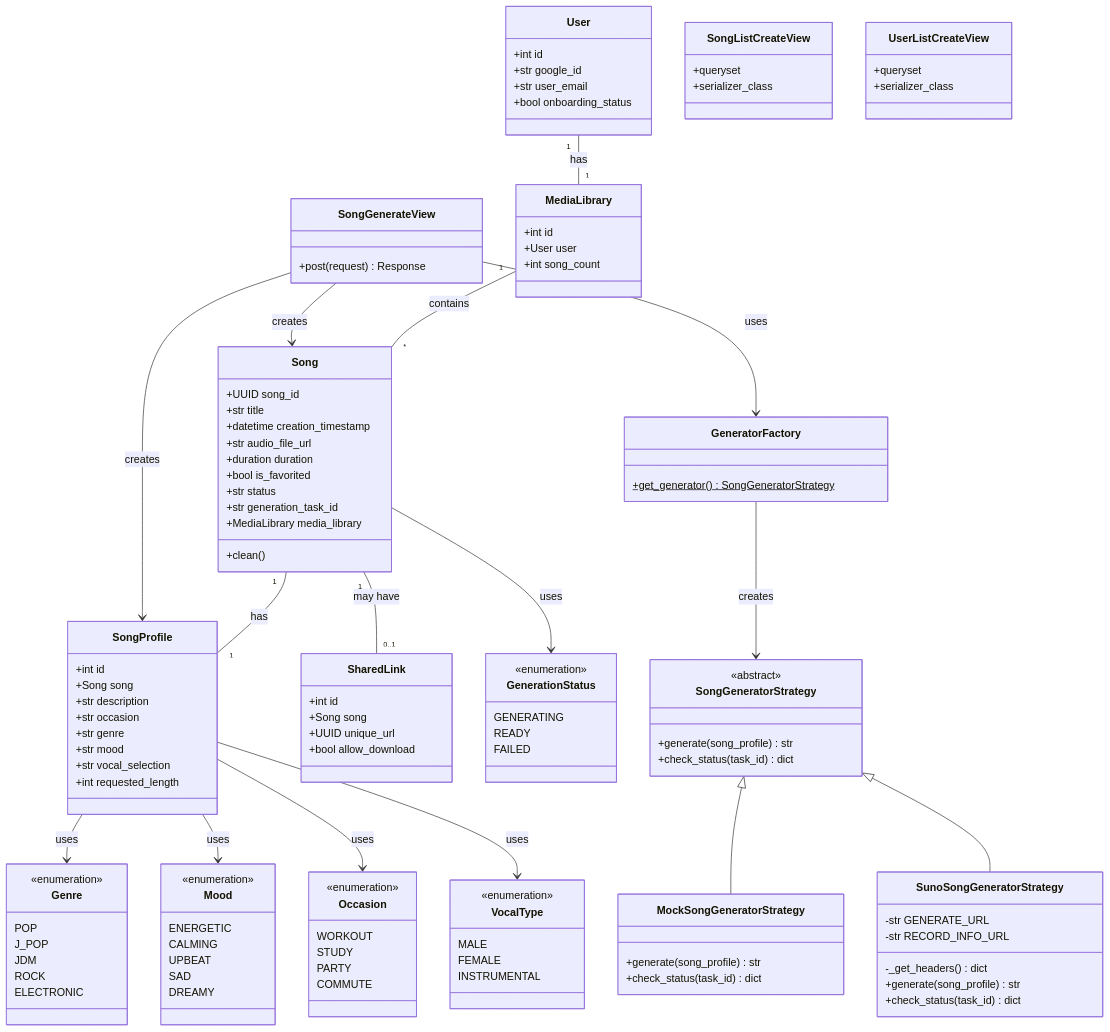
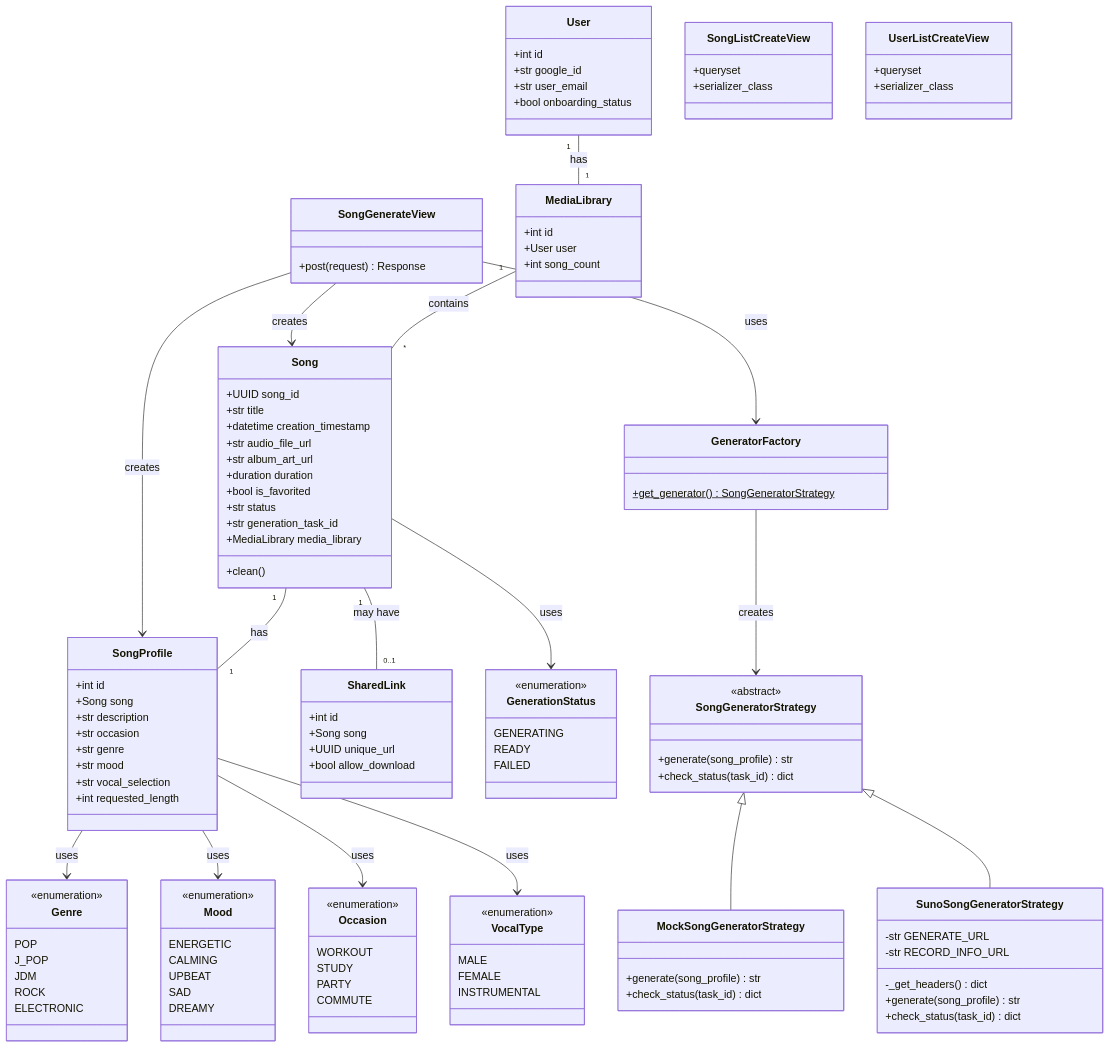
The first of 2 diagrams in README.md (SivaponChannual/AiSongGen), drawn with Mermaid before and after one commit. The commit also changed other lines of this file and 20 other files, not shown here.

```diff
--- a/README.md
+++ b/README.md
@@ -114,6 +160,7 @@
         +str title
         +datetime creation_timestamp
         +str audio_file_url
+        +str album_art_url
         +duration duration
         +bool is_favorited
         +str status
```
